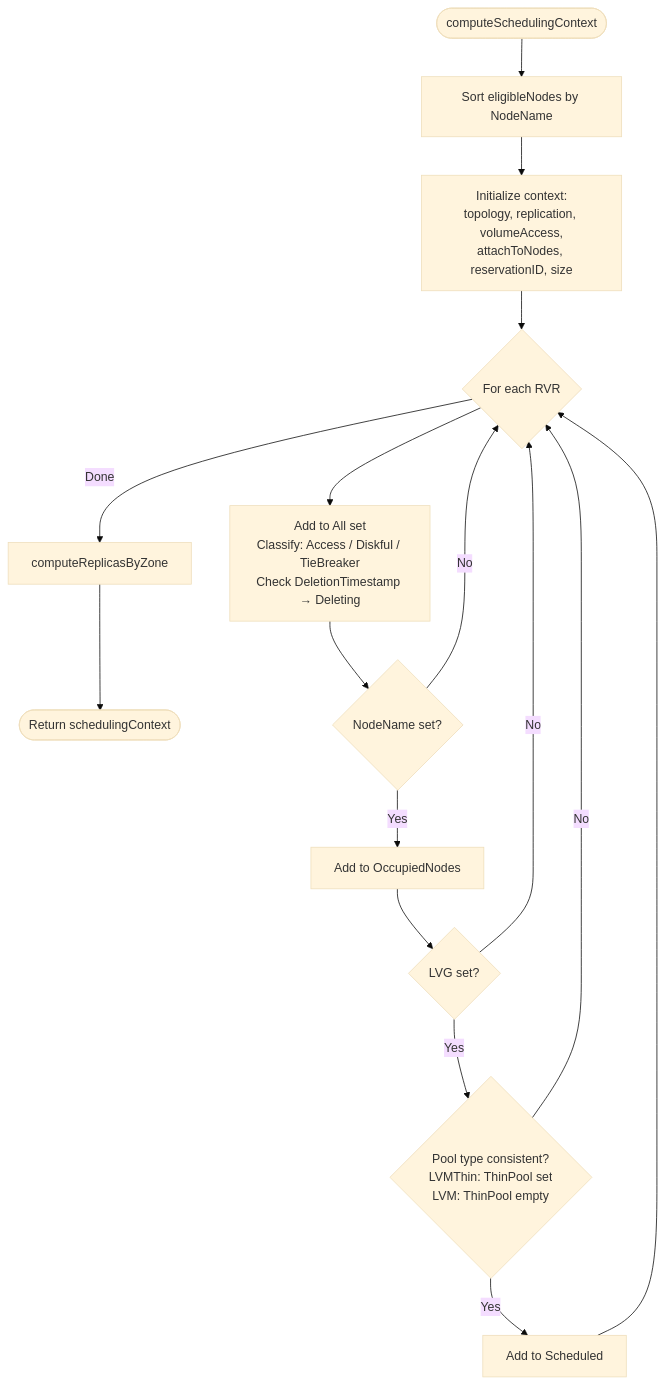
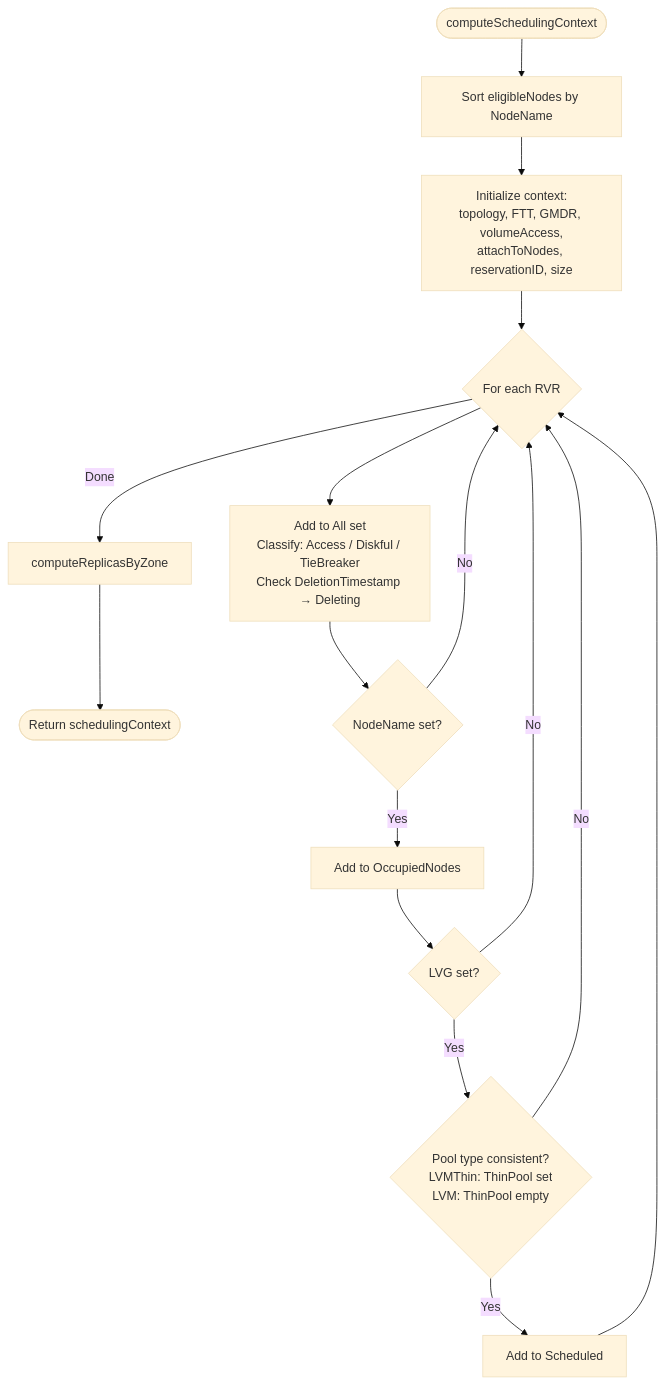
Before and after one commit to deckhouse/sds-replicated-volume: the third of 5 diagrams in images/controller/internal/controllers/rvr_scheduling_controller/README.md, drawn with Mermaid (base theme). The commit also changed other lines of this file and 29 other files, not shown here.

````diff
--- a/images/controller/internal/controllers/rvr_scheduling_controller/README.md
+++ b/images/controller/internal/controllers/rvr_scheduling_controller/README.md
@@ -348,20 +343,20 @@
 ```mermaid
 flowchart TD
     Start([computeSchedulingContext]) --> SortNodes[Sort eligibleNodes by NodeName]
-    SortNodes --> InitCtx["Initialize context:<br/>topology, replication, volumeAccess,<br/>attachToNodes, reservationID, size"]
+    SortNodes --> InitCtx["Initialize context:<br/>topology, FTT, GMDR, volumeAccess,<br/>attachToNodes, reservationID, size"]
 
     InitCtx --> LoopRVR{For each RVR}
     LoopRVR -->|Done| ComputeZones[computeReplicasByZone]
     ComputeZones --> Return([Return schedulingContext])
 
     LoopRVR --> Classify["Add to All set<br/>Classify: Access / Diskful / TieBreaker<br/>Check DeletionTimestamp → Deleting"]
     Classify --> CheckNode{NodeName set?}
     CheckNode -->|No| LoopRVR
     CheckNode -->|Yes| MarkOccupied[Add to OccupiedNodes]
     MarkOccupied --> CheckLVG{LVG set?}
     CheckLVG -->|No| LoopRVR
     CheckLVG -->|Yes| CheckPoolType{"Pool type consistent?<br/>LVMThin: ThinPool set<br/>LVM: ThinPool empty"}
     CheckPoolType -->|Yes| MarkScheduled[Add to Scheduled]
     CheckPoolType -->|No| LoopRVR
     MarkScheduled --> LoopRVR
 ```
````
